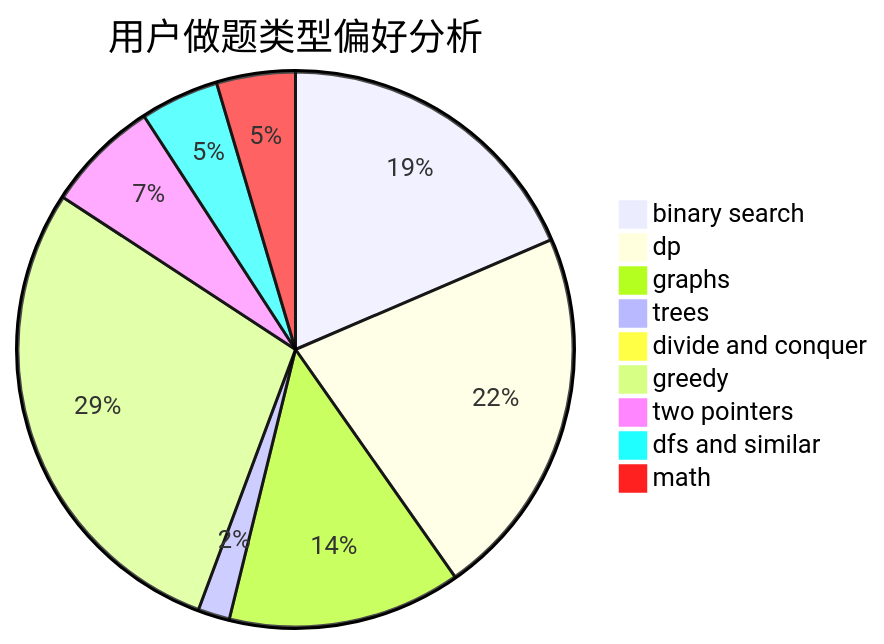
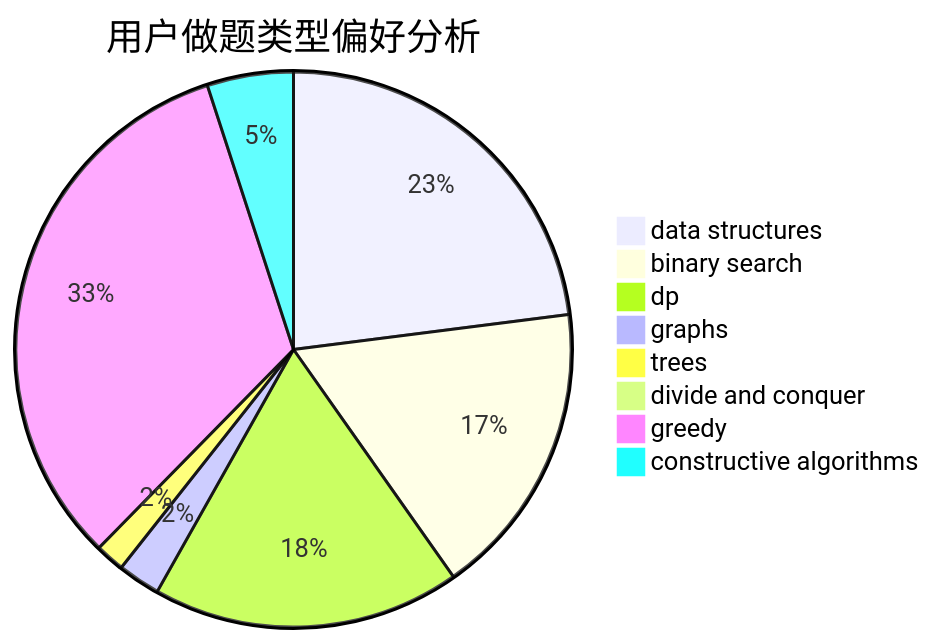
One commit to sherpahu/cfrs.github.io changed the second of 3 diagrams in docs/user/u1042.md. Above: the diagram before and after it, drawn with Mermaid. The commit also changed other lines of this file and 2775 other files, not shown here.

````diff
--- a/docs/user/u1042.md
+++ b/docs/user/u1042.md
@@ -23,12 +23,11 @@
 ```mermaid
 pie title 用户做题类型偏好分析
-    "binary search" :  421
-    "dp" :  493
-    "graphs" :  308
-    "trees" :  42
+    "data structures" :  417
+    "binary search" :  313
+    "dp" :  325
+    "graphs" :  45
+    "trees" :  31
     "divide and conquer" :  0
-    "greedy" :  648
-    "two pointers" :  150
-    "dfs and similar" :  104
-    "math" :  104
+    "greedy" :  592
+    "constructive algorithms" :  91
 ```
````
